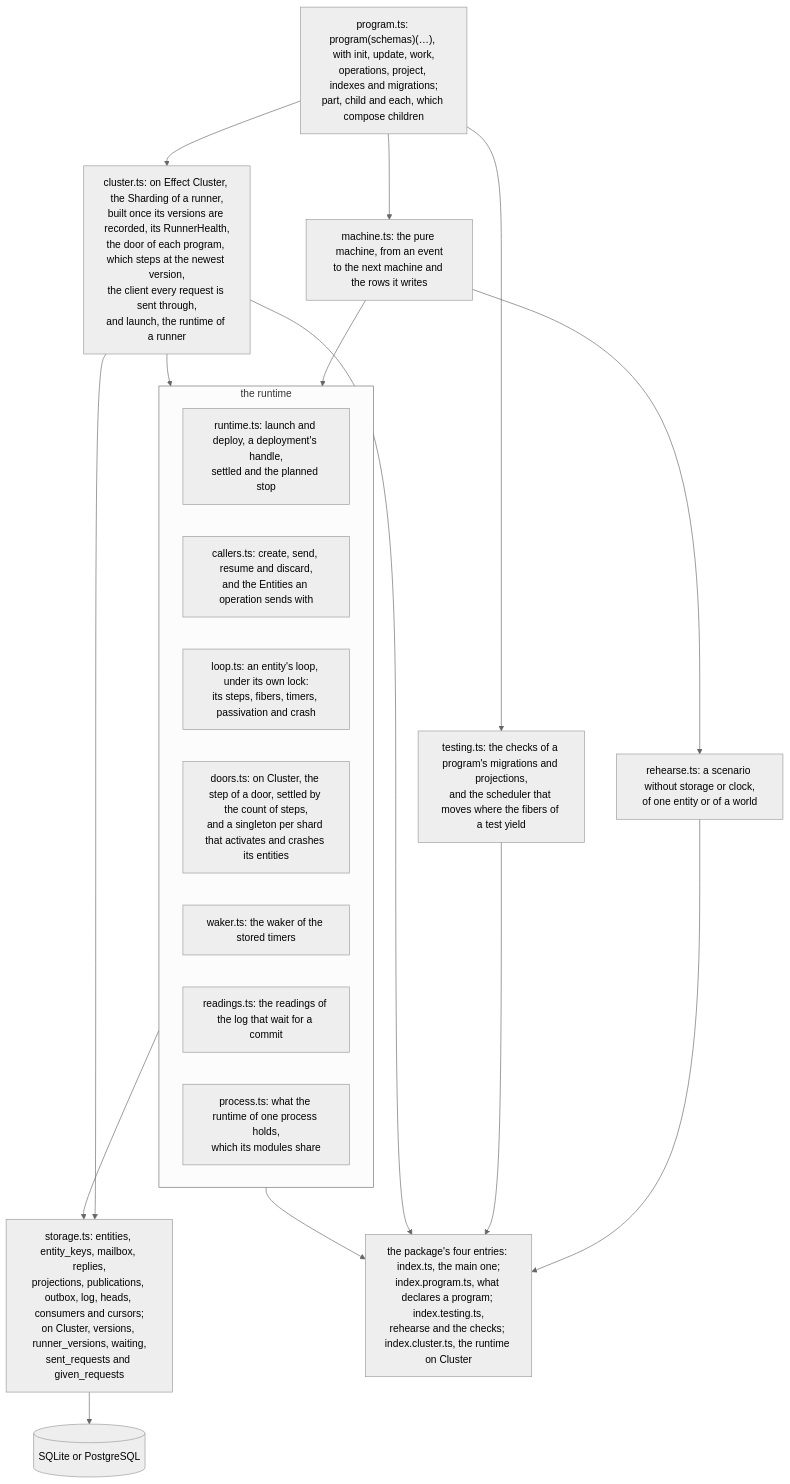
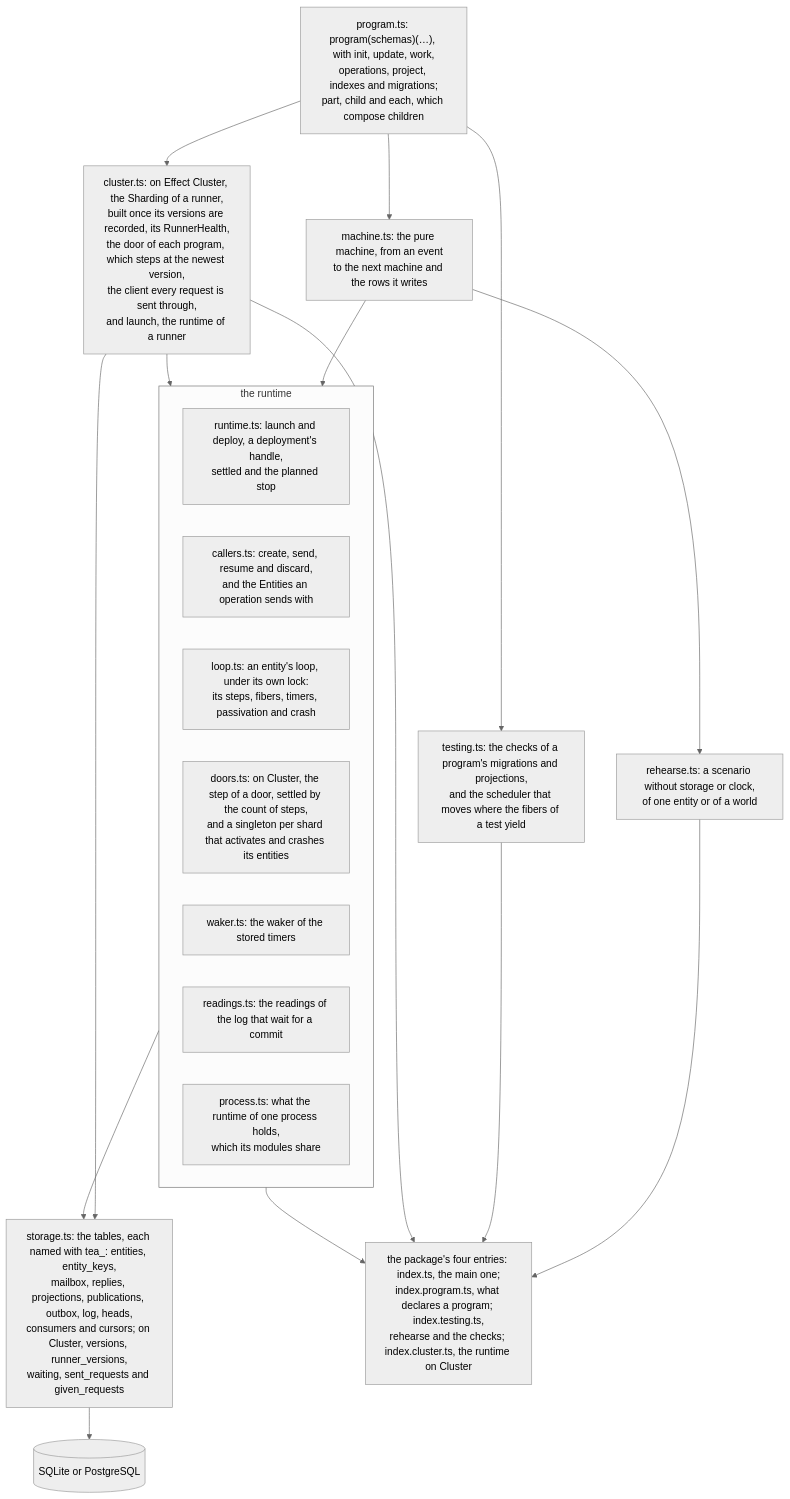
One commit to fgaudo/effect-tea-durable changed the second of 2 diagrams in README.md. Above: the diagram before and after it, drawn with Mermaid (neutral theme). The commit also changed 16 other files, not shown here.

First line of the commit message:
storage: name every table, index, trigger and function with tea_

````diff
--- a/README.md
+++ b/README.md
@@ -173,34 +173,34 @@
 ```mermaid
 flowchart TB
   program["program.ts: program(schemas)(…), with init, update, work,<br/>operations, project, indexes and migrations;<br/>part, child and each, which compose children"]
   machine["machine.ts: the pure machine, from an event<br/>to the next machine and the rows it writes"]
   rehearse["rehearse.ts: a scenario without storage or clock,<br/>of one entity or of a world"]
   testing["testing.ts: the checks of a program's migrations and projections,<br/>and the scheduler that moves where the fibers of a test yield"]
   subgraph runtime["the runtime"]
     launch["runtime.ts: launch and deploy, a deployment's handle,<br/>settled and the planned stop"]
     callers["callers.ts: create, send, resume and discard,<br/>and the Entities an operation sends with"]
     loop["loop.ts: an entity's loop, under its own lock:<br/>its steps, fibers, timers, passivation and crash"]
     doors["doors.ts: on Cluster, the step of a door, settled by the count of steps,<br/>and a singleton per shard that activates and crashes its entities"]
     waker["waker.ts: the waker of the stored timers"]
     readings["readings.ts: the readings of the log that wait for a commit"]
     process["process.ts: what the runtime of one process holds,<br/>which its modules share"]
   end
   cluster["cluster.ts: on Effect Cluster, the Sharding of a runner,<br/>built once its versions are recorded, its RunnerHealth,<br/>the door of each program, which steps at the newest version,<br/>the client every request is sent through,<br/>and launch, the runtime of a runner"]
-  storage["storage.ts: entities, entity_keys, mailbox, replies,<br/>projections, publications, outbox, log, heads, consumers and cursors;<br/>on Cluster, versions, runner_versions, waiting,<br/>sent_requests and given_requests"]
+  storage["storage.ts: the tables, each named with tea_: entities, entity_keys,<br/>mailbox, replies, projections, publications, outbox, log, heads,<br/>consumers and cursors; on Cluster, versions, runner_versions,<br/>waiting, sent_requests and given_requests"]
   db[(SQLite or PostgreSQL)]
   entries["the package's four entries: index.ts, the main one;<br/>index.program.ts, what declares a program; index.testing.ts,<br/>rehearse and the checks; index.cluster.ts, the runtime on Cluster"]
 
   program --> machine
   machine --> rehearse
   program --> testing
   machine --> runtime
   program --> cluster
   runtime --> storage
   cluster --> runtime
   cluster --> storage
   storage --> db
   rehearse --> entries
   testing --> entries
   cluster --> entries
   runtime --> entries
 ```
````
